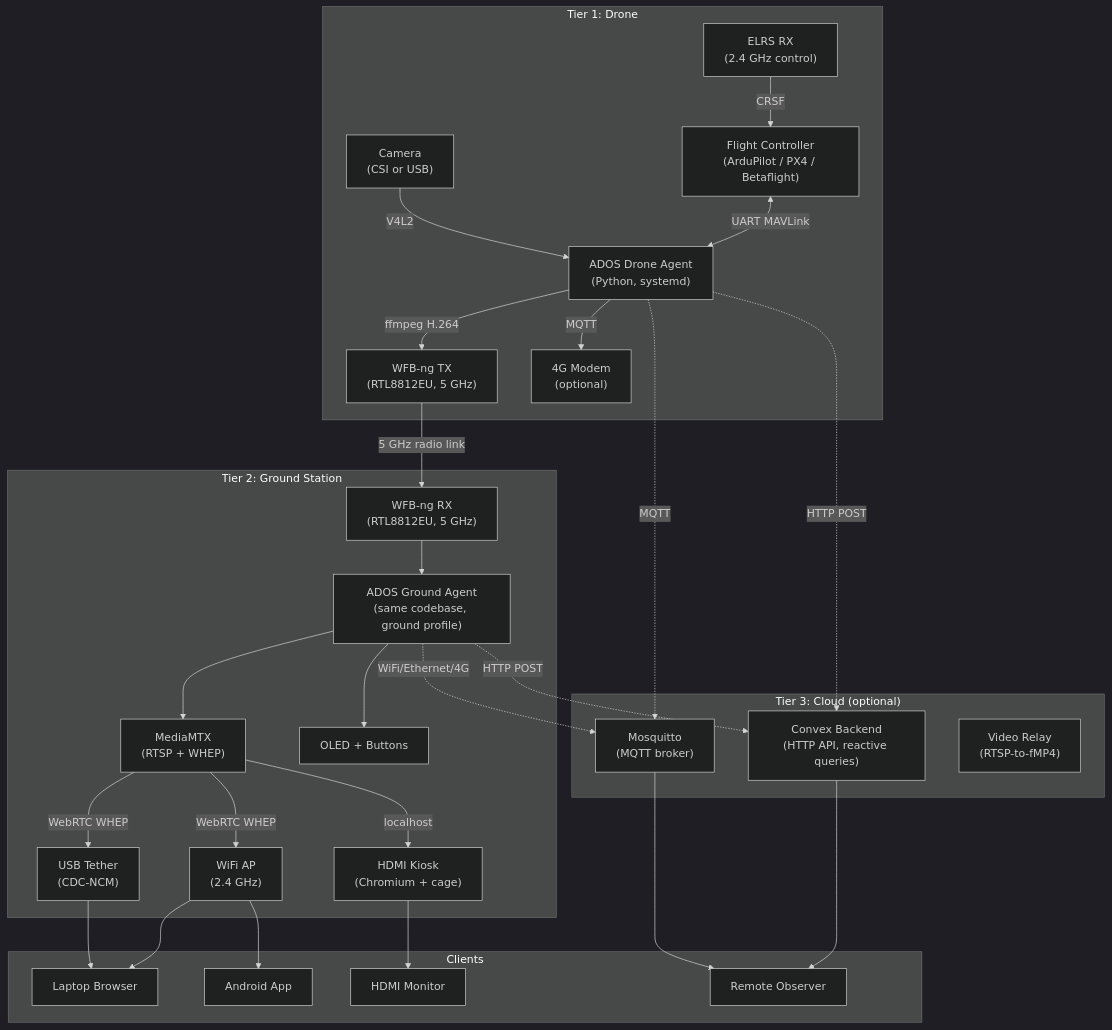
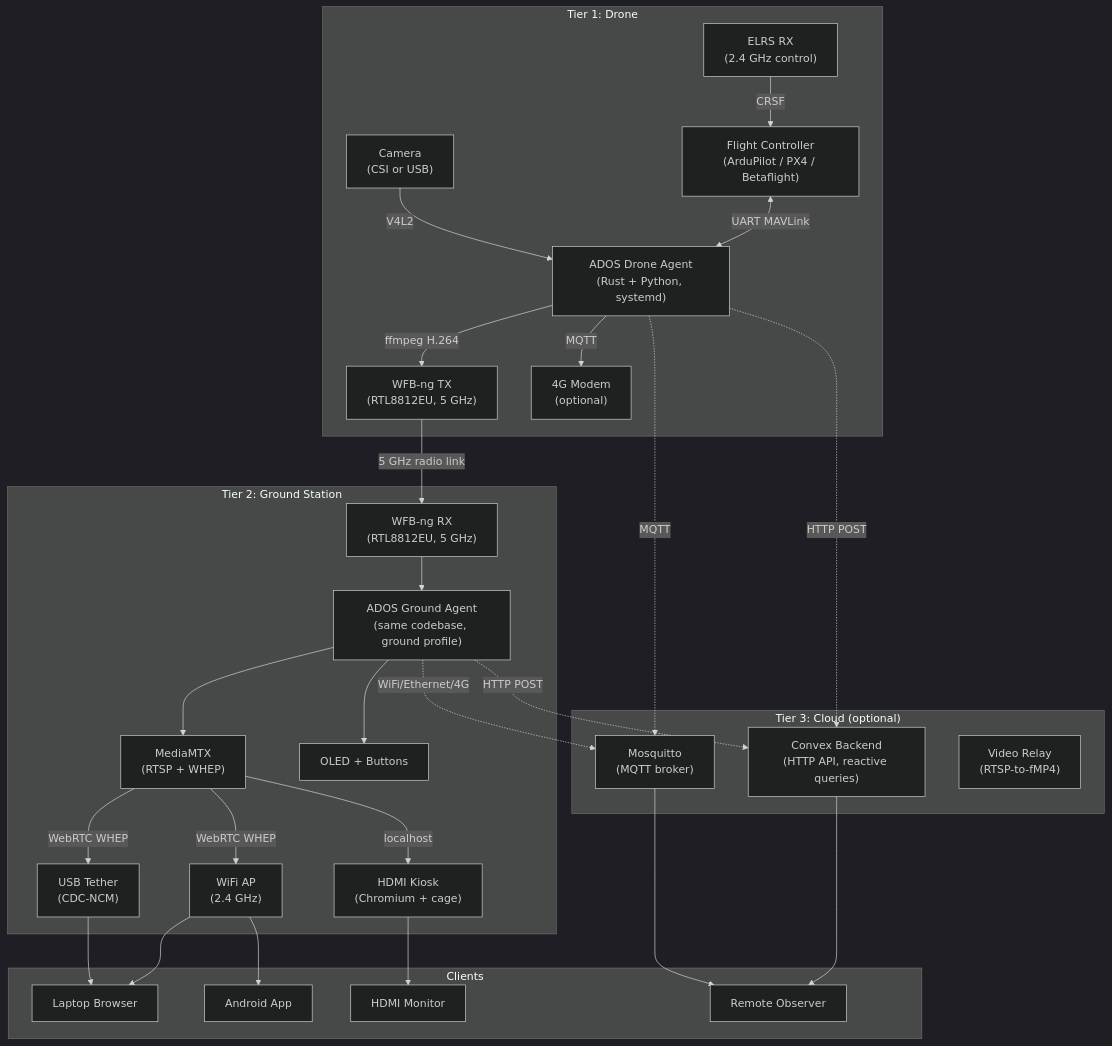
Before and after one commit to altnautica/Documentation: the diagram in architecture/system-overview.mdx, drawn with Mermaid. The commit also changed 24 other files, not shown here.

First line of the commit message:
docs: update the agent, ground-agent, and architecture docs to the current build

````diff
--- a/architecture/system-overview.mdx
+++ b/architecture/system-overview.mdx
@@ -13,61 +13,61 @@
 ```mermaid
 %%{init: {'theme': 'dark'}}%%
 flowchart TB
     subgraph Drone["Tier 1: Drone"]
         FC["Flight Controller<br/>(ArduPilot / PX4 / Betaflight)"]
-        Agent["ADOS Drone Agent<br/>(Python, systemd)"]
+        Agent["ADOS Drone Agent<br/>(Rust + Python, systemd)"]
         Camera["Camera<br/>(CSI or USB)"]
         WFB_TX["WFB-ng TX<br/>(RTL8812EU, 5 GHz)"]
         ELRS["ELRS RX<br/>(2.4 GHz control)"]
         Modem_Air["4G Modem<br/>(optional)"]
 
         FC <-->|UART MAVLink| Agent
         Camera -->|V4L2| Agent
         Agent -->|ffmpeg H.264| WFB_TX
         Agent -->|MQTT| Modem_Air
         ELRS -->|CRSF| FC
     end
 
     subgraph Ground["Tier 2: Ground Station"]
         WFB_RX["WFB-ng RX<br/>(RTL8812EU, 5 GHz)"]
         GS_Agent["ADOS Ground Agent<br/>(same codebase, ground profile)"]
         MediaMTX["MediaMTX<br/>(RTSP + WHEP)"]
         WiFi_AP["WiFi AP<br/>(2.4 GHz)"]
         USB["USB Tether<br/>(CDC-NCM)"]
         HDMI["HDMI Kiosk<br/>(Chromium + cage)"]
         OLED["OLED + Buttons"]
 
         WFB_RX --> GS_Agent
         GS_Agent --> MediaMTX
         MediaMTX -->|WebRTC WHEP| WiFi_AP
         MediaMTX -->|WebRTC WHEP| USB
         MediaMTX -->|localhost| HDMI
         GS_Agent --> OLED
     end
 
     subgraph Cloud["Tier 3: Cloud (optional)"]
         Convex["Convex Backend<br/>(HTTP API, reactive queries)"]
         MQTT["Mosquitto<br/>(MQTT broker)"]
         Video_Relay["Video Relay<br/>(RTSP-to-fMP4)"]
     end
 
     subgraph Clients["Clients"]
         Laptop["Laptop Browser"]
         Phone["Android App"]
         Monitor["HDMI Monitor"]
         Remote["Remote Observer"]
     end
 
     WFB_TX -->|5 GHz radio link| WFB_RX
     WiFi_AP --> Laptop
     WiFi_AP --> Phone
     HDMI --> Monitor
     USB --> Laptop
 
     GS_Agent -.->|WiFi/Ethernet/4G| MQTT
     GS_Agent -.->|HTTP POST| Convex
     Agent -.->|MQTT| MQTT
     Agent -.->|HTTP POST| Convex
     Convex --> Remote
     MQTT --> Remote
 ```
````
